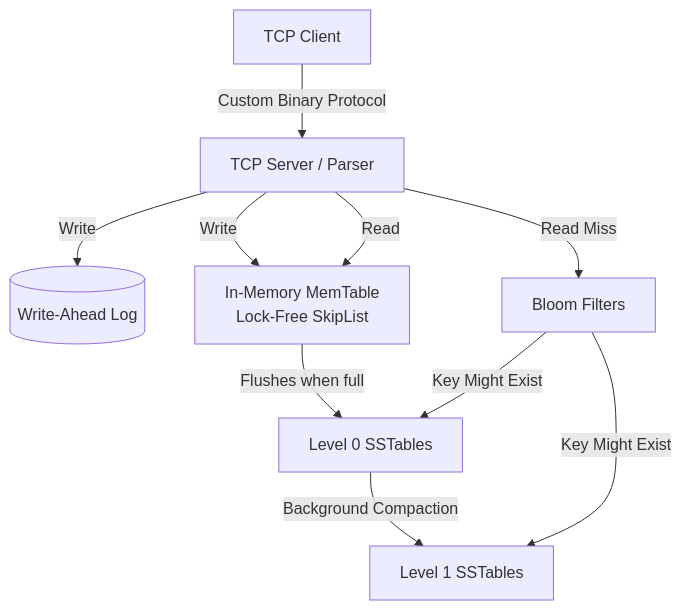
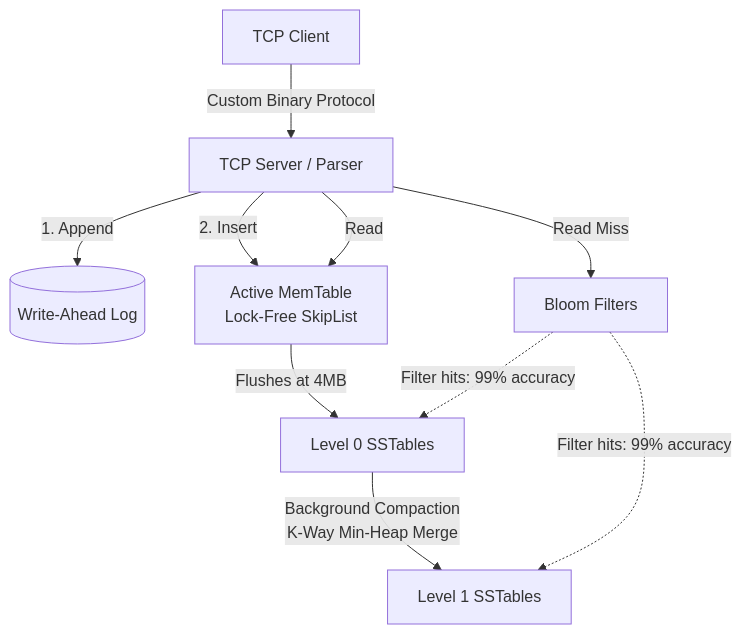
Before and after one commit to Awesome06/Forest_DatabaseEngine: the diagram in README.md, drawn with Mermaid. The commit also changed other lines of this file, not shown here.

````diff
--- a/README.md
+++ b/README.md
@@ -21,15 +35,15 @@
 ```mermaid
 graph TD
     Client[TCP Client] -->|Custom Binary Protocol| Server[TCP Server / Parser]
-    Server -->|Write| WAL[(Write-Ahead Log)]
-    Server -->|Write| MemTable[In-Memory MemTable <br/> Lock-Free SkipList]
+    Server -->|1. Append| WAL[(Write-Ahead Log)]
+    Server -->|2. Insert| MemTable[Active MemTable <br/> Lock-Free SkipList]
     Server -->|Read| MemTable
     
-    MemTable -->|Flushes when full| L0[Level 0 SSTables]
+    MemTable -->|Flushes at 4MB| L0[Level 0 SSTables]
     
     Server -->|Read Miss| Bloom[Bloom Filters]
-    Bloom -->|Key Might Exist| L0
-    Bloom -->|Key Might Exist| L1[Level 1 SSTables]
+    Bloom -.->|Filter hits: 99% accuracy| L0
+    Bloom -.->|Filter hits: 99% accuracy| L1[Level 1 SSTables]
     
-    L0 -->|Background Compaction| L1
+    L0 -->|Background Compaction <br/> K-Way Min-Heap Merge| L1
 ```
````
